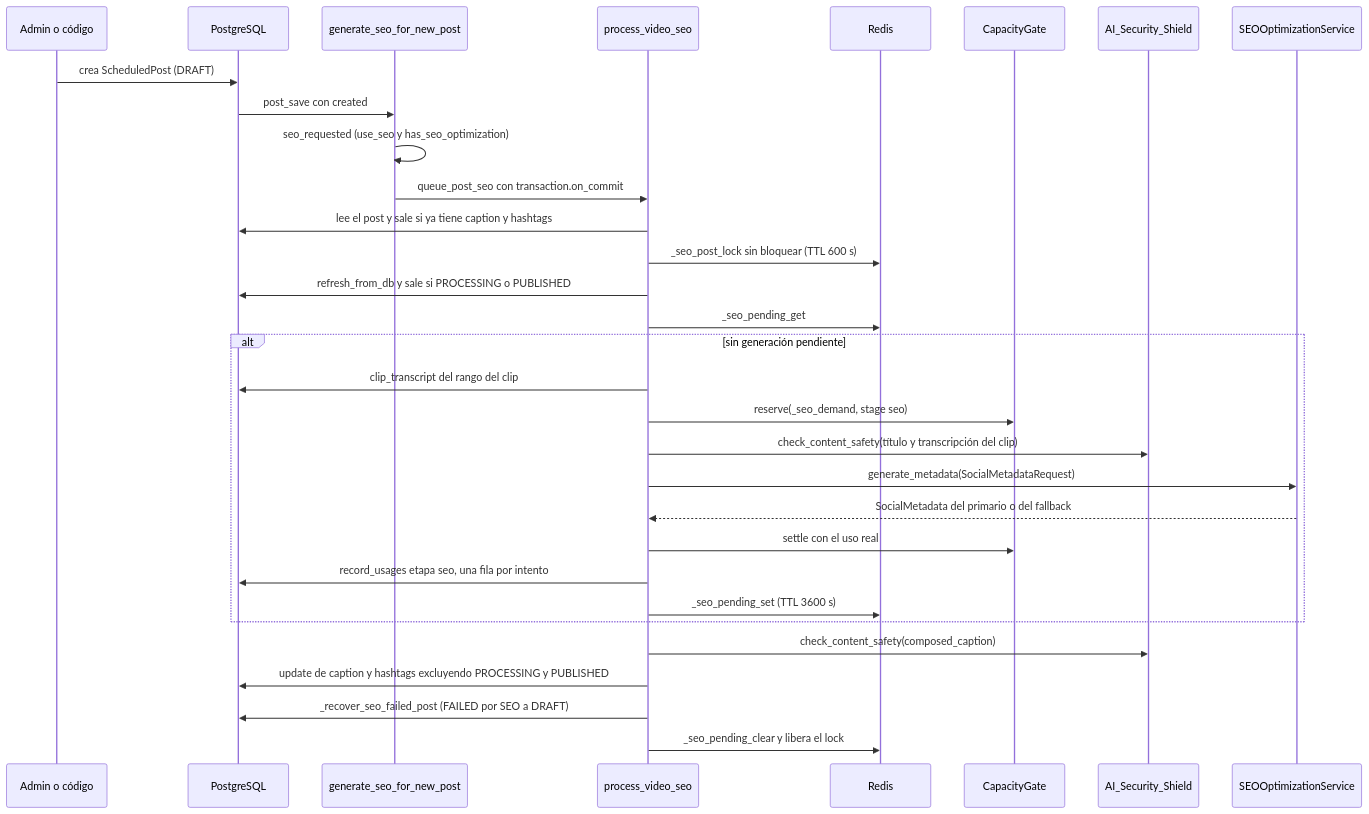
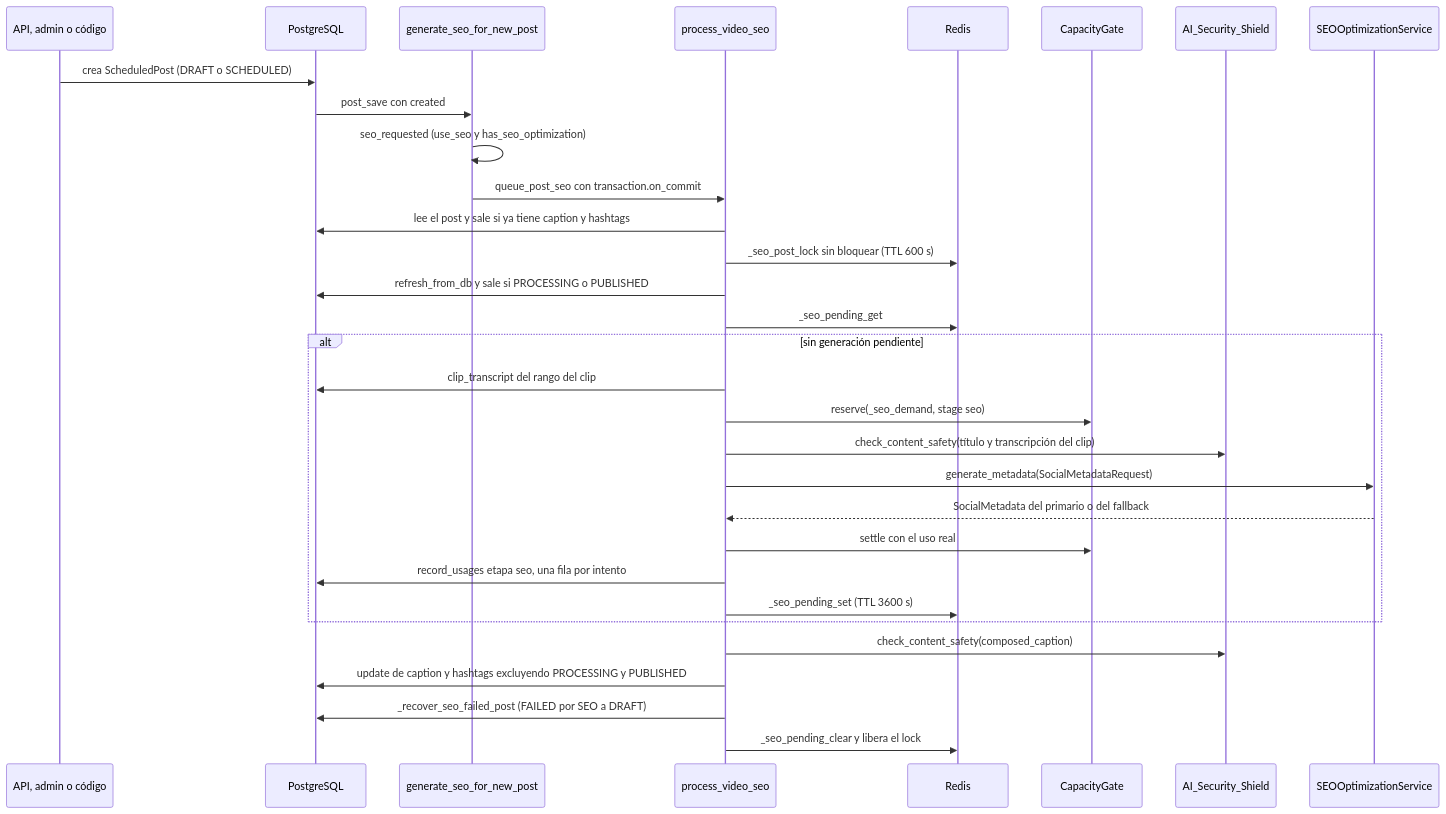
Before and after one commit to RomeKai/videoeditUTN: the second of 3 diagrams in documents/ia/05-seo-y-publicacion.md, drawn with Mermaid. The commit also changed other lines of this file and 3 other files, not shown here.

````diff
--- a/documents/ia/05-seo-y-publicacion.md
+++ b/documents/ia/05-seo-y-publicacion.md
@@ -64,34 +76,34 @@
 ```mermaid
 sequenceDiagram
-    participant ADM as Admin o código
+    participant ADM as API, admin o código
     participant DB as PostgreSQL
     participant SIG as generate_seo_for_new_post
     participant T as process_video_seo
     participant RD as Redis
     participant CAP as CapacityGate
     participant MOD as AI_Security_Shield
     participant LLM as SEOOptimizationService
 
-    ADM->>DB: crea ScheduledPost (DRAFT)
+    ADM->>DB: crea ScheduledPost (DRAFT o SCHEDULED)
     DB->>SIG: post_save con created
     SIG->>SIG: seo_requested (use_seo y has_seo_optimization)
     SIG->>T: queue_post_seo con transaction.on_commit
     T->>DB: lee el post y sale si ya tiene caption y hashtags
     T->>RD: _seo_post_lock sin bloquear (TTL 600 s)
     T->>DB: refresh_from_db y sale si PROCESSING o PUBLISHED
     T->>RD: _seo_pending_get
     alt sin generación pendiente
         T->>DB: clip_transcript del rango del clip
         T->>CAP: reserve(_seo_demand, stage seo)
         T->>MOD: check_content_safety(título y transcripción del clip)
         T->>LLM: generate_metadata(SocialMetadataRequest)
         LLM-->>T: SocialMetadata del primario o del fallback
         T->>CAP: settle con el uso real
         T->>DB: record_usages etapa seo, una fila por intento
         T->>RD: _seo_pending_set (TTL 3600 s)
     end
     T->>MOD: check_content_safety(composed_caption)
     T->>DB: update de caption y hashtags excluyendo PROCESSING y PUBLISHED
     T->>DB: _recover_seo_failed_post (FAILED por SEO a DRAFT)
     T->>RD: _seo_pending_clear y libera el lock
 ```
````
